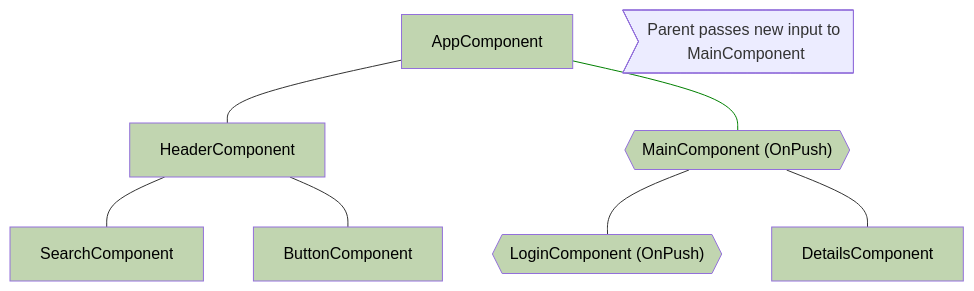
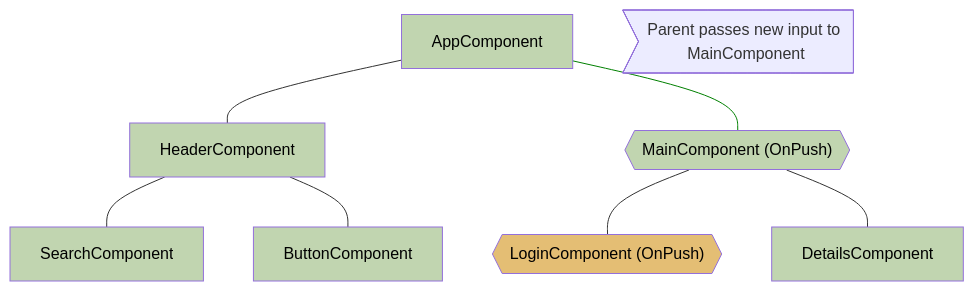
The fourth of 4 diagrams in adev/src/content/best-practices/runtime-performance/skipping-subtrees.md (angular/angular), drawn with Mermaid before and after one commit. The commit also changed other lines of this file, not shown here.

````diff
--- a/adev/src/content/best-practices/runtime-performance/skipping-subtrees.md
+++ b/adev/src/content/best-practices/runtime-performance/skipping-subtrees.md
@@ -113,20 +113,20 @@
 ```mermaid
 graph TD;
     app[AppComponent] --- header[HeaderComponent];
     app --- main{{"MainComponent (OnPush)"}};
     header --- search[SearchComponent];
     header --- button[ButtonComponent];
     main --- login{{"LoginComponent (OnPush)"}};
     main --- details[DetailsComponent];
     event>Parent passes new input to MainComponent]
 
-    style login fill:#C1D5B0,color:#000
+    style login fill:#E4BE74,color:#000
 
     linkStyle 1 stroke:green
     style app fill:#C1D5B0,color:#000
     style header fill:#C1D5B0,color:#000
     style button fill:#C1D5B0,color:#000
     style search fill:#C1D5B0,color:#000
     style main fill:#C1D5B0,color:#000
     style details fill:#C1D5B0,color:#000
 ```
````
